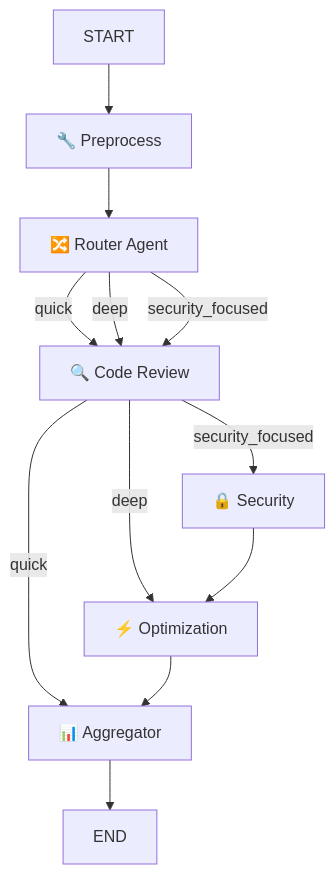
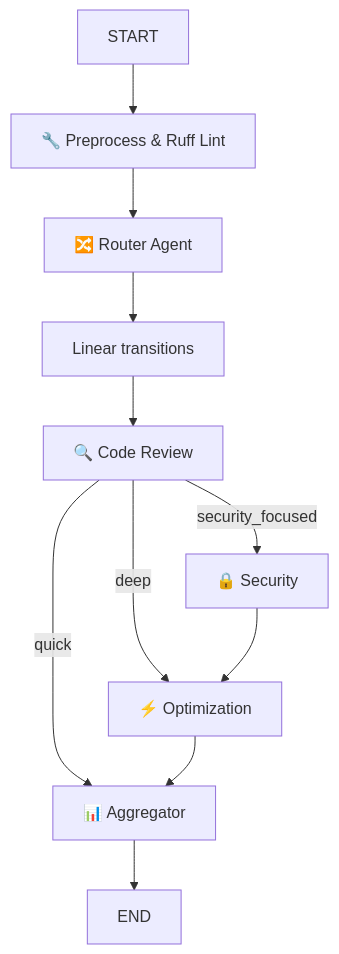
The diagram in README.md (ManojPentapati/Agentic-Ai-Code_Analyzer-), drawn with Mermaid before and after one commit. The commit also changed other lines of this file, not shown here.

Commit message:
Update README.md with newly implemented features (PDF export, unified diff, ruff linter, git repo support)

````diff
--- a/README.md
+++ b/README.md
@@ -27,14 +29,13 @@
 ```mermaid
 graph TD
-    A[START] --> B[🔧 Preprocess]
+    A[START] --> B[🔧 Preprocess & Ruff Lint]
     B --> C[🔀 Router Agent]
-    C -->|quick| D[🔍 Code Review]
-    C -->|deep| D
-    C -->|security_focused| D
+    C --> B1[Linear transitions]
+    B1 --> D[🔍 Code Review]
     D -->|quick| G[📊 Aggregator]
     D -->|deep| F[⚡ Optimization]
     D -->|security_focused| E[🔒 Security]
     E --> F
     F --> G
     G --> H[END]
 ```
````
